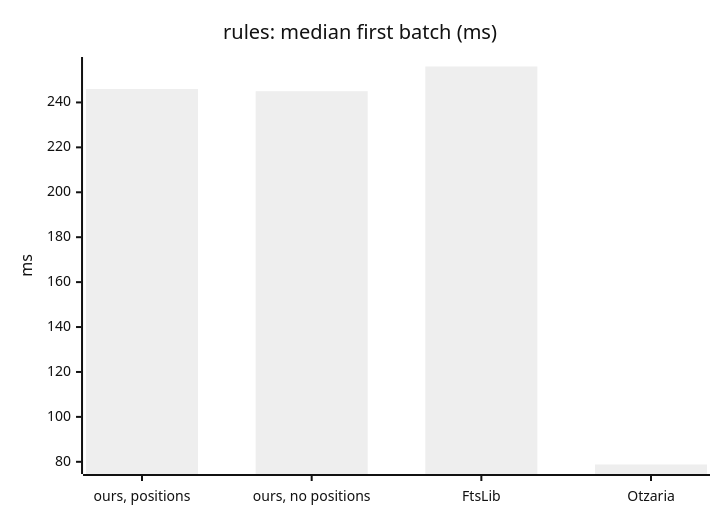
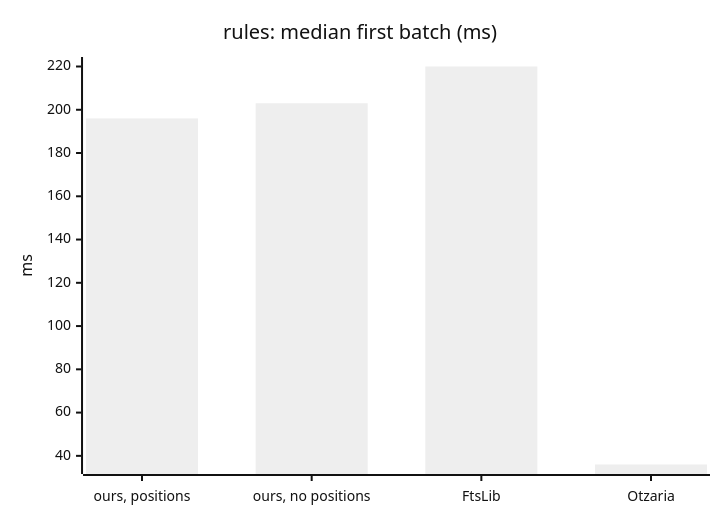
The tenth of 11 diagrams in FTS-SPECS-AND-COMPARISONS.md (KleiKodesh/SeforimLibrarySearchEngine), drawn with Mermaid (neutral theme) before and after one commit. The commit also changed other lines of this file and 35 other files, not shown here.

````diff
--- a/FTS-SPECS-AND-COMPARISONS.md
+++ b/FTS-SPECS-AND-COMPARISONS.md
@@ -529,7 +523,7 @@
 ```mermaid
 xychart-beta
     title "rules: median first batch (ms)"
     x-axis ["ours, positions", "ours, no positions", "FtsLib", "Otzaria"]
     y-axis "ms"
-    bar [246.00, 245.00, 256.00, 78.80]
+    bar [196.00, 203.00, 220.00, 36.00]
 ```
````
